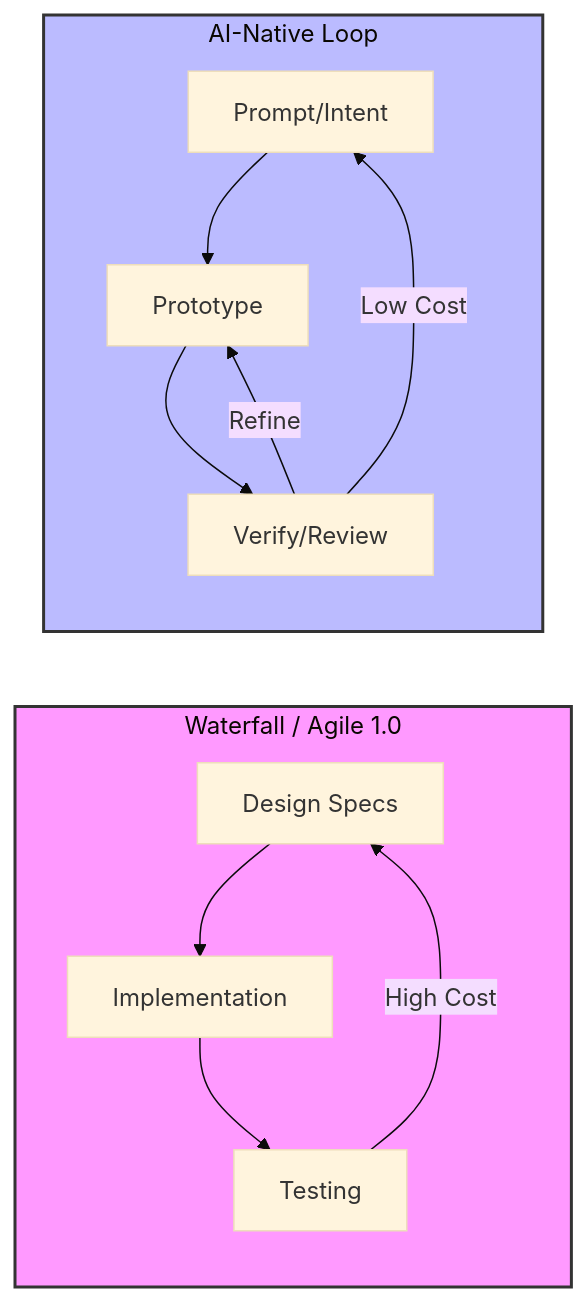
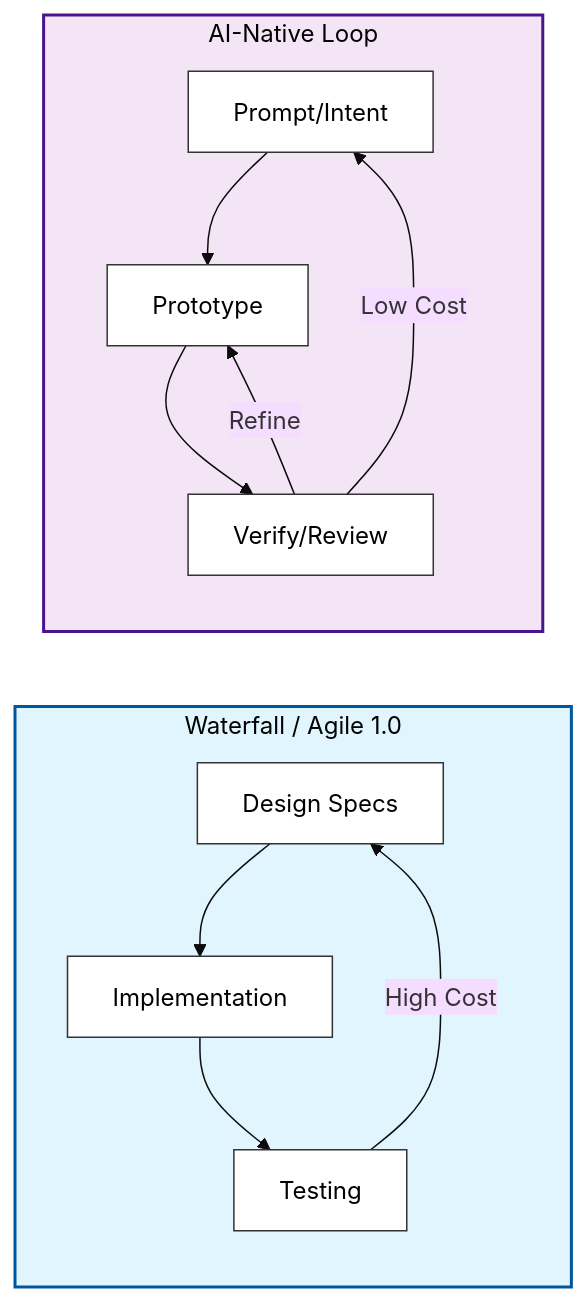
Before and after one commit to EideticPleroma/tutorials: the diagram in lesson-1-fundamentals/tutorial-1/concepts/architecture-in-ai-era.md, drawn with Mermaid (base theme). The commit also changed 10 other files, not shown here.

First line of the commit message:
docs(lesson-1): comprehensive update to diagrams and content (round 2)

````diff
--- a/lesson-1-fundamentals/tutorial-1/concepts/architecture-in-ai-era.md
+++ b/lesson-1-fundamentals/tutorial-1/concepts/architecture-in-ai-era.md
@@ -9,18 +9,27 @@
 ```mermaid
 graph LR
     subgraph Traditional ["Waterfall / Agile 1.0"]
+        direction TB
         A[Design Specs] --> B[Implementation]
         B --> C[Testing]
         C -->|High Cost| A
     end
 
     subgraph AI_Native ["AI-Native Loop"]
+        direction TB
         D[Prompt/Intent] --> E[Prototype]
         E --> F[Verify/Review]
         F -->|Low Cost| D
         F -->|Refine| E
     end
     
-    style Traditional fill:#f9f,stroke:#333,stroke-width:2px
-    style AI_Native fill:#bbf,stroke:#333,stroke-width:2px
+    %% Softer colors for better eye comfort
+    style Traditional fill:#e1f5fe,stroke:#01579b,stroke-width:2px,color:#000
+    style AI_Native fill:#f3e5f5,stroke:#4a148c,stroke-width:2px,color:#000
+    style A fill:#fff,stroke:#333,color:#000
+    style B fill:#fff,stroke:#333,color:#000
+    style C fill:#fff,stroke:#333,color:#000
+    style D fill:#fff,stroke:#333,color:#000
+    style E fill:#fff,stroke:#333,color:#000
+    style F fill:#fff,stroke:#333,color:#000
 ```
````
